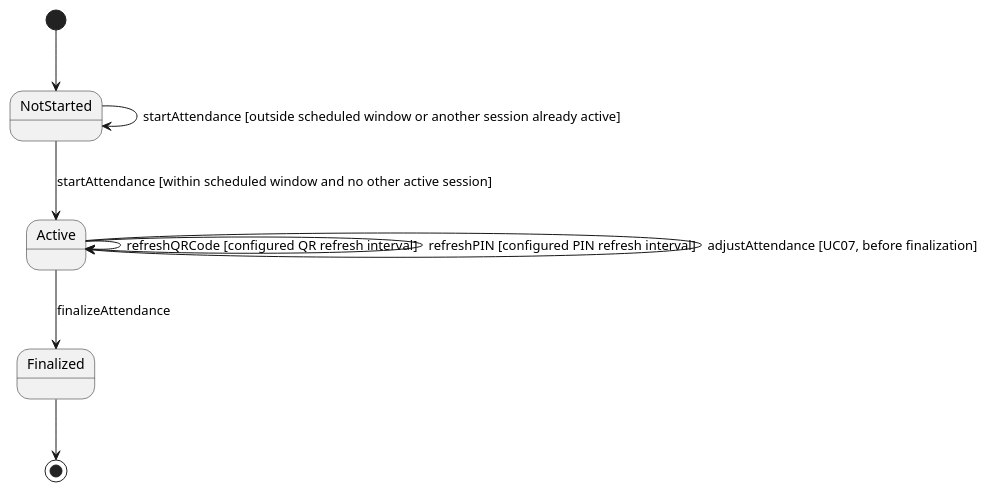
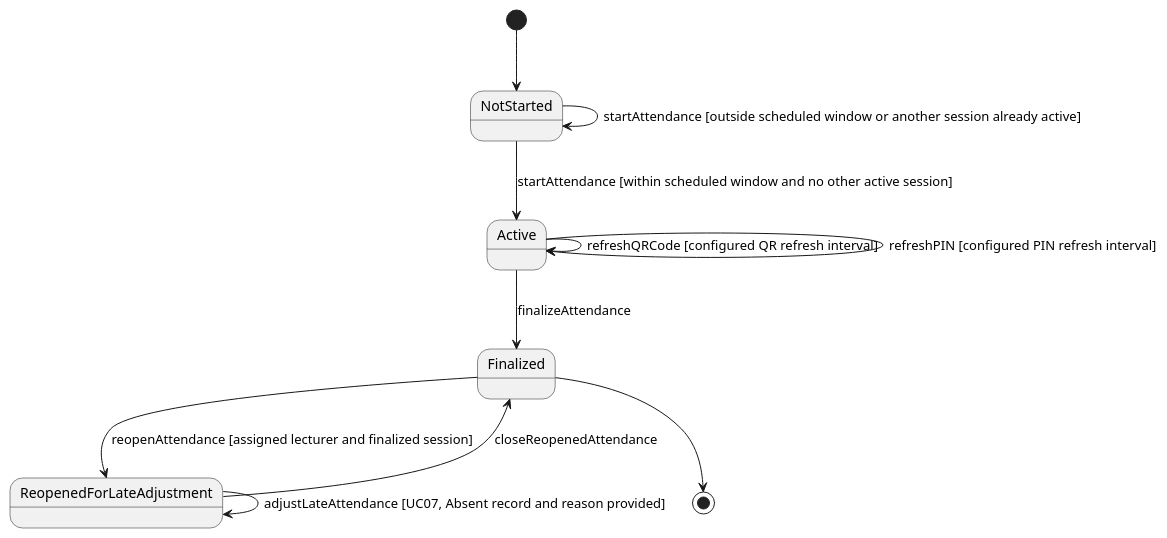
One commit to nttung42/SWD392 changed diagram 25 of 26 in docs/rds/2_Analysis.md. Above: the diagram before and after it, drawn with PlantUML. The commit also changed other lines of this file and 2 other files, not shown here.

````diff
--- a/docs/rds/2_Analysis.md
+++ b/docs/rds/2_Analysis.md
@@ -1180,14 +1121,16 @@
 ```plantuml
 @startuml
 skinparam style strictuml
 [*] --> NotStarted
 NotStarted --> Active : startAttendance [within scheduled window and no other active session]
 NotStarted --> NotStarted : startAttendance [outside scheduled window or another session already active]
 
 Active --> Active : refreshQRCode [configured QR refresh interval]
 Active --> Active : refreshPIN [configured PIN refresh interval]
-Active --> Active : adjustAttendance [UC07, before finalization]
 Active --> Finalized : finalizeAttendance
+Finalized --> ReopenedForLateAdjustment : reopenAttendance [assigned lecturer and finalized session]
+ReopenedForLateAdjustment --> ReopenedForLateAdjustment : adjustLateAttendance [UC07, Absent record and reason provided]
+ReopenedForLateAdjustment --> Finalized : closeReopenedAttendance
 Finalized --> [*]
 @enduml
 ```
````
